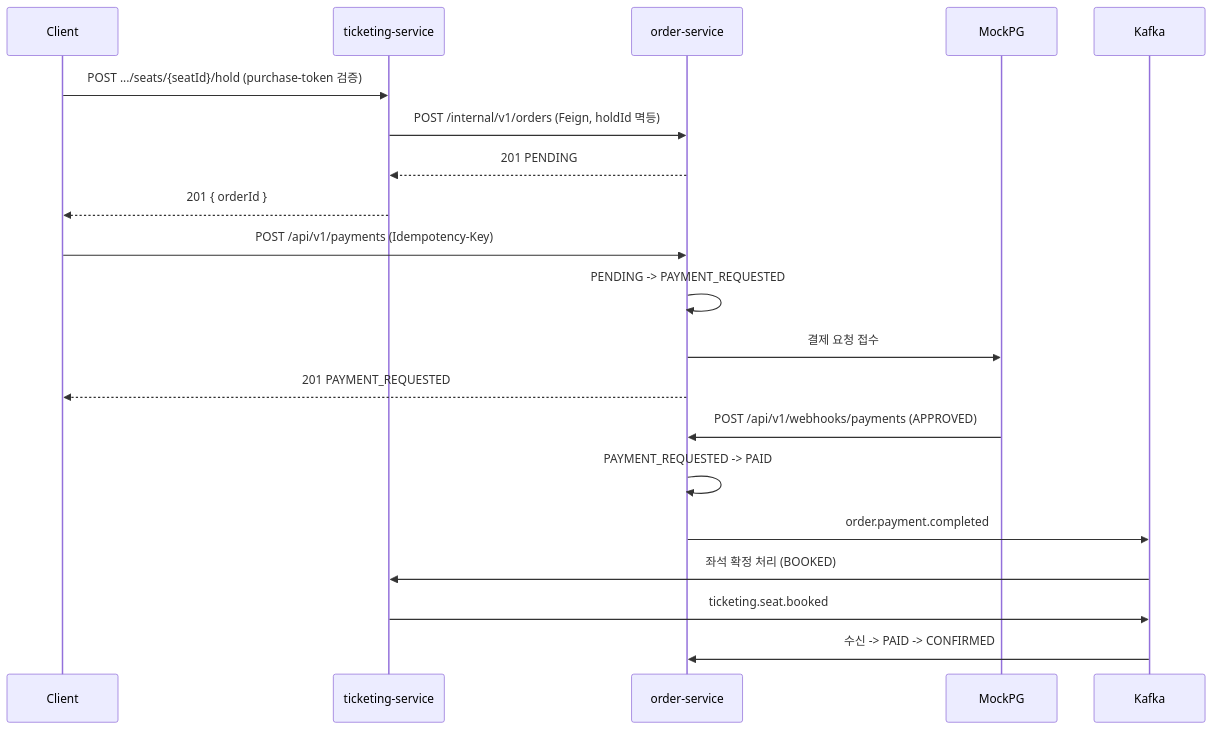
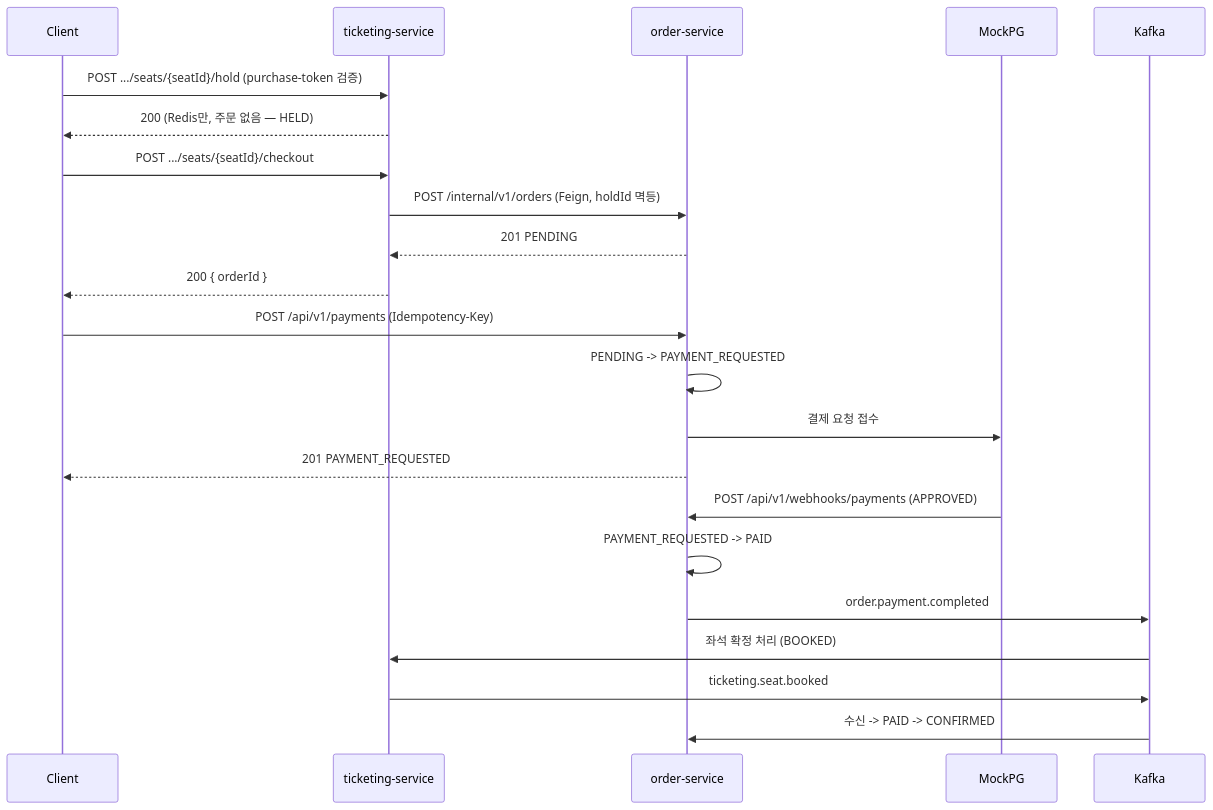
One commit to 6pm-sparta/6pm changed the fourth of 5 diagrams in docs/SA-260703.md. Above: the diagram before and after it, drawn with Mermaid. The commit also changed other lines of this file and 4 other files, not shown here.

````diff
--- a/docs/SA-260703.md
+++ b/docs/SA-260703.md
@@ -526,26 +530,29 @@
 ```mermaid
 sequenceDiagram
     participant Client
     participant Ticketing as ticketing-service
     participant Order as order-service
     participant PG as MockPG
     participant K as Kafka
 
     Client->>Ticketing: POST .../seats/{seatId}/hold (purchase-token 검증)
+    Ticketing-->>Client: 200 (Redis만, 주문 없음 — HELD)
+
+    Client->>Ticketing: POST .../seats/{seatId}/checkout
     Ticketing->>Order: POST /internal/v1/orders (Feign, holdId 멱등)
     Order-->>Ticketing: 201 PENDING
-    Ticketing-->>Client: 201 { orderId }
+    Ticketing-->>Client: 200 { orderId }
 
     Client->>Order: POST /api/v1/payments (Idempotency-Key)
     Order->>Order: PENDING -> PAYMENT_REQUESTED
     Order->>PG: 결제 요청 접수
     Order-->>Client: 201 PAYMENT_REQUESTED
 
     PG->>Order: POST /api/v1/webhooks/payments (APPROVED)
     Order->>Order: PAYMENT_REQUESTED -> PAID
     Order->>K: order.payment.completed
 
     K->>Ticketing: 좌석 확정 처리 (BOOKED)
     Ticketing->>K: ticketing.seat.booked
     K->>Order: 수신 -> PAID -> CONFIRMED
 ```
````
